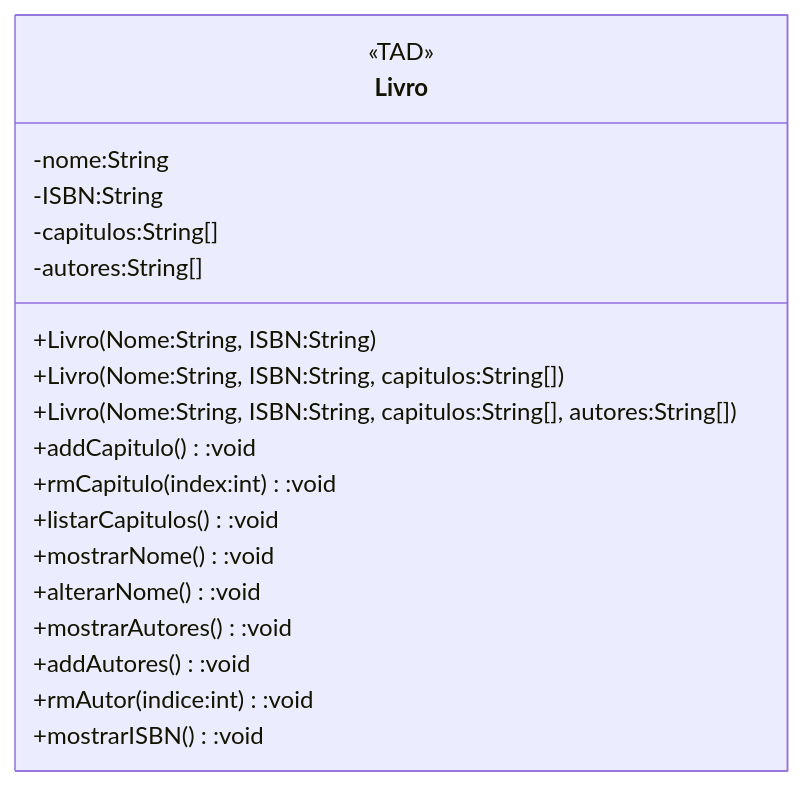
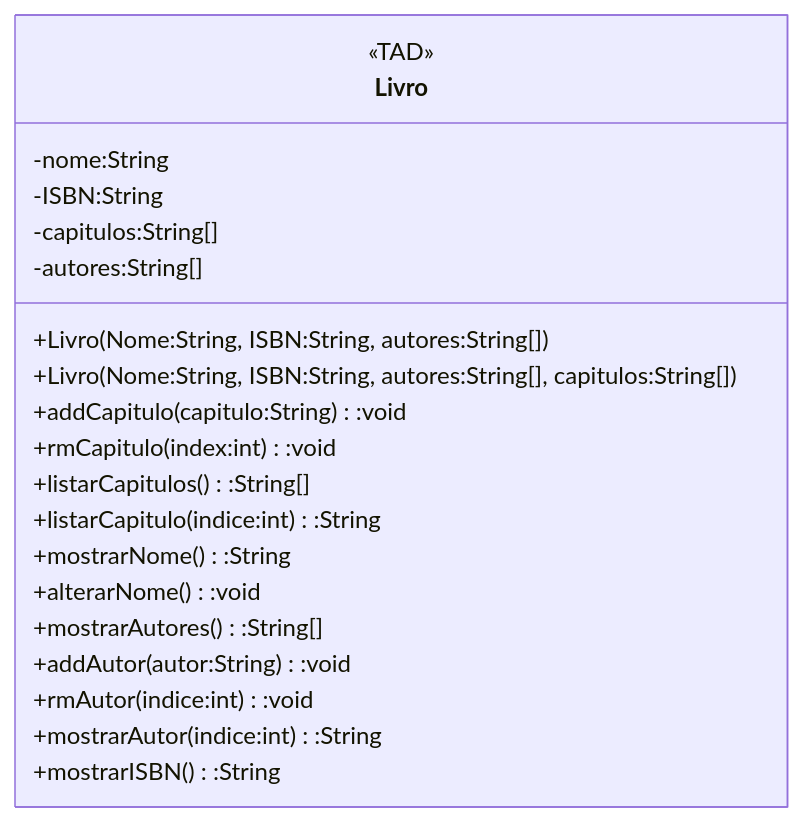
One commit to kaleu-b/EstruturaDeDados-2026-2 changed the diagram in Atividade00/Ex03/Livro.md. Above: the diagram before and after it, drawn with Mermaid. The commit also changed other lines of this file and 4 other files, not shown here.

````diff
--- a/Atividade00/Ex03/Livro.md
+++ b/Atividade00/Ex03/Livro.md
@@ -1,30 +10,31 @@
 ```mermaid
     classDiagram
         direction TB
         
         class Livro {
             <<TAD>>
            -nome:String
            -ISBN:String
            -capitulos:String[]
            -autores:String[]
            
            
-           +Livro(Nome:String, ISBN:String)
-           +Livro(Nome:String, ISBN:String, capitulos:String[])
-           +Livro(Nome:String, ISBN:String, capitulos:String[], autores:String[])
+           +Livro(Nome:String, ISBN:String, autores:String[])
+           +Livro(Nome:String, ISBN:String, autores:String[], capitulos:String[])
            
-            +addCapitulo():void
+            +addCapitulo(capitulo:String):void
             +rmCapitulo(index:int):void
-            +listarCapitulos():void
+            +listarCapitulos():String[]
+            +listarCapitulo(indice:int):String
             
-            +mostrarNome():void
+            +mostrarNome():String
             +alterarNome():void
             
-            +mostrarAutores():void
-            +addAutores():void
+            +mostrarAutores():String[]
+            +addAutor(autor:String):void
             +rmAutor(indice:int):void
+            +mostrarAutor(indice:int):String
             
-            +mostrarISBN():void
+            +mostrarISBN():String
         }  
 ```
````
